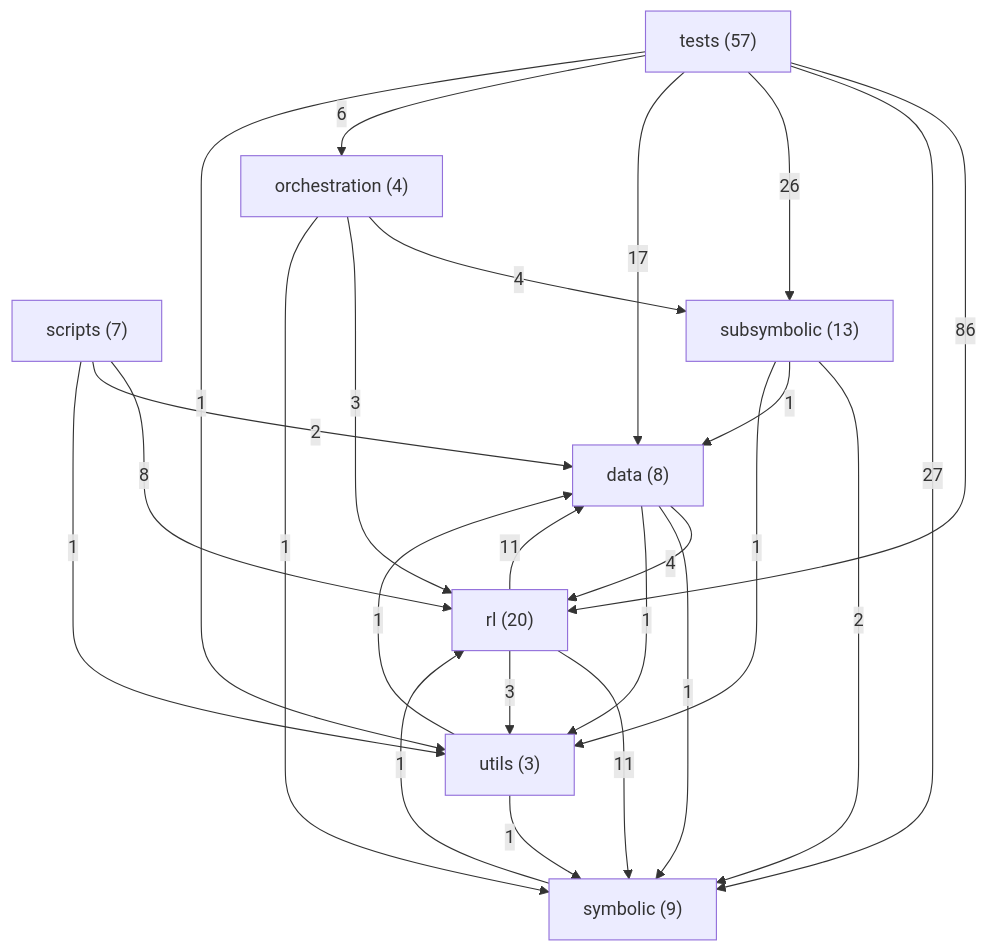
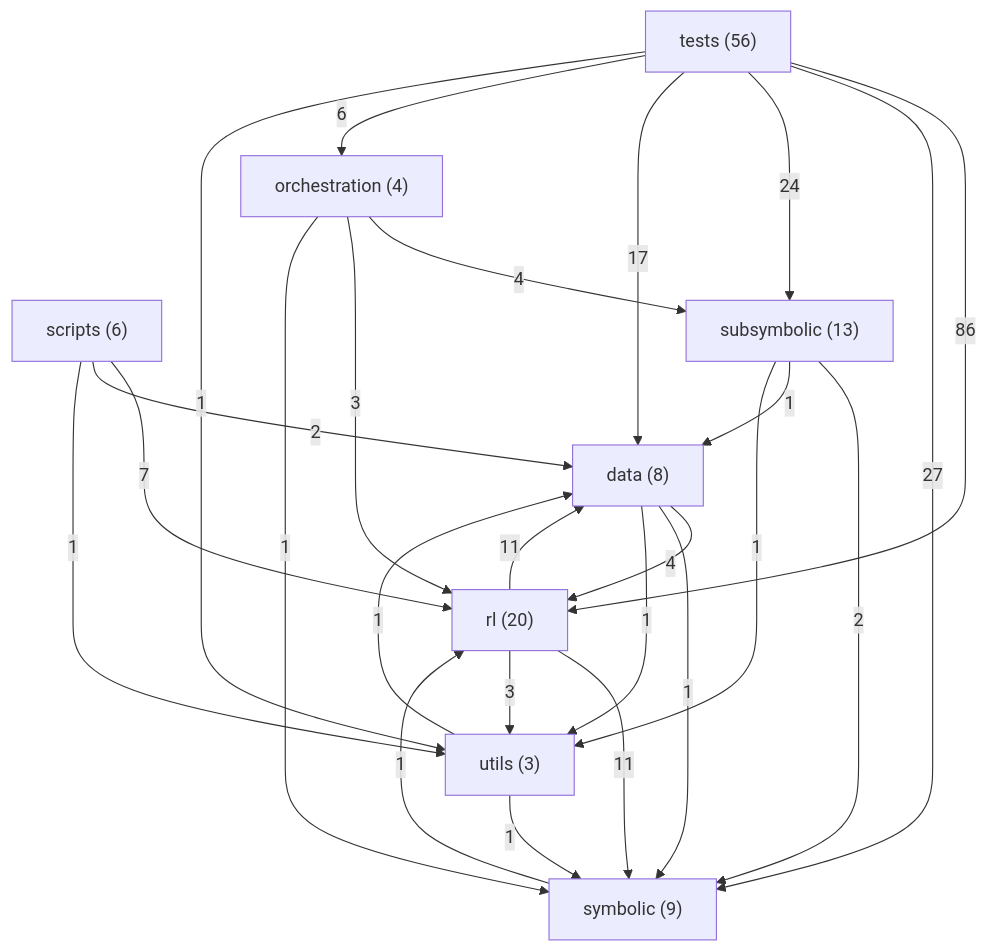
Before and after one commit to danrd/ARC-AGI: the diagram in ARCHITECTURE.md, drawn with Mermaid. The commit also changed other lines of this file and 6 other files, not shown here.

````diff
--- a/ARCHITECTURE.md
+++ b/ARCHITECTURE.md
@@ -127,35 +127,35 @@
 ```mermaid
 graph TD
   data["data (8)"]
   orchestration["orchestration (4)"]
   rl["rl (20)"]
-  scripts["scripts (7)"]
+  scripts["scripts (6)"]
   subsymbolic["subsymbolic (13)"]
   symbolic["symbolic (9)"]
-  tests["tests (57)"]
+  tests["tests (56)"]
   utils["utils (3)"]
   tests -->|86| rl
   tests -->|27| symbolic
-  tests -->|26| subsymbolic
+  tests -->|24| subsymbolic
   tests -->|17| data
   rl -->|11| data
   rl -->|11| symbolic
-  scripts -->|8| rl
+  scripts -->|7| rl
   tests -->|6| orchestration
   data -->|4| rl
   orchestration -->|4| subsymbolic
   orchestration -->|3| rl
   rl -->|3| utils
   scripts -->|2| data
   subsymbolic -->|2| symbolic
   data -->|1| symbolic
   data -->|1| utils
   orchestration -->|1| symbolic
   scripts -->|1| utils
   subsymbolic -->|1| data
   subsymbolic -->|1| utils
   symbolic -->|1| rl
   tests -->|1| utils
   utils -->|1| data
   utils -->|1| symbolic
 ```
````
